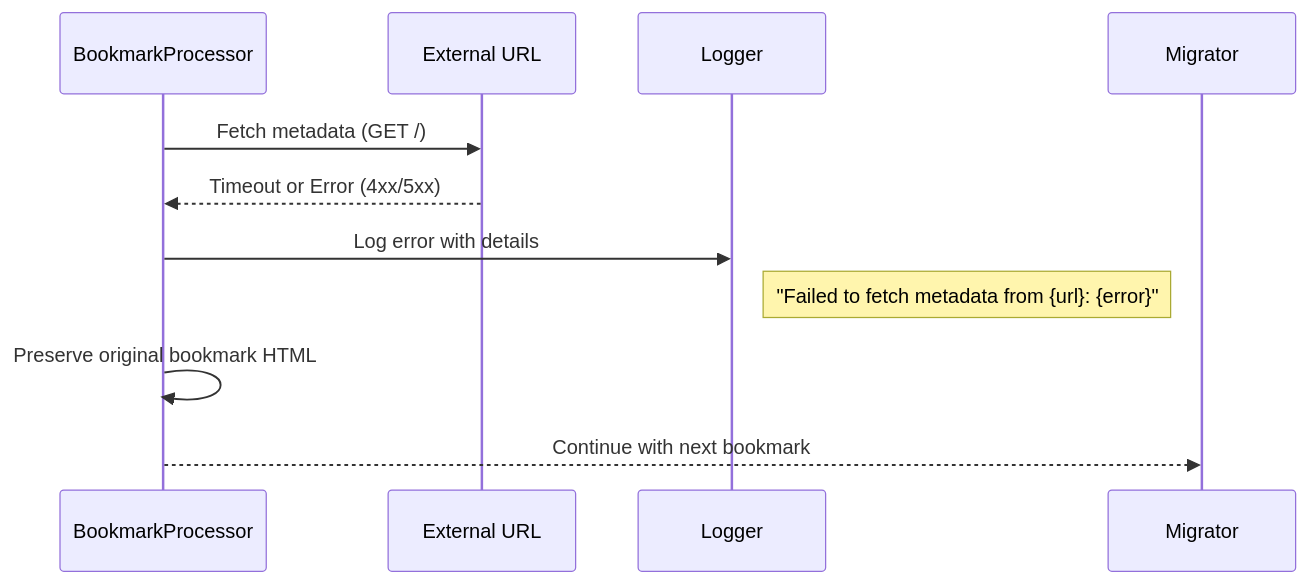
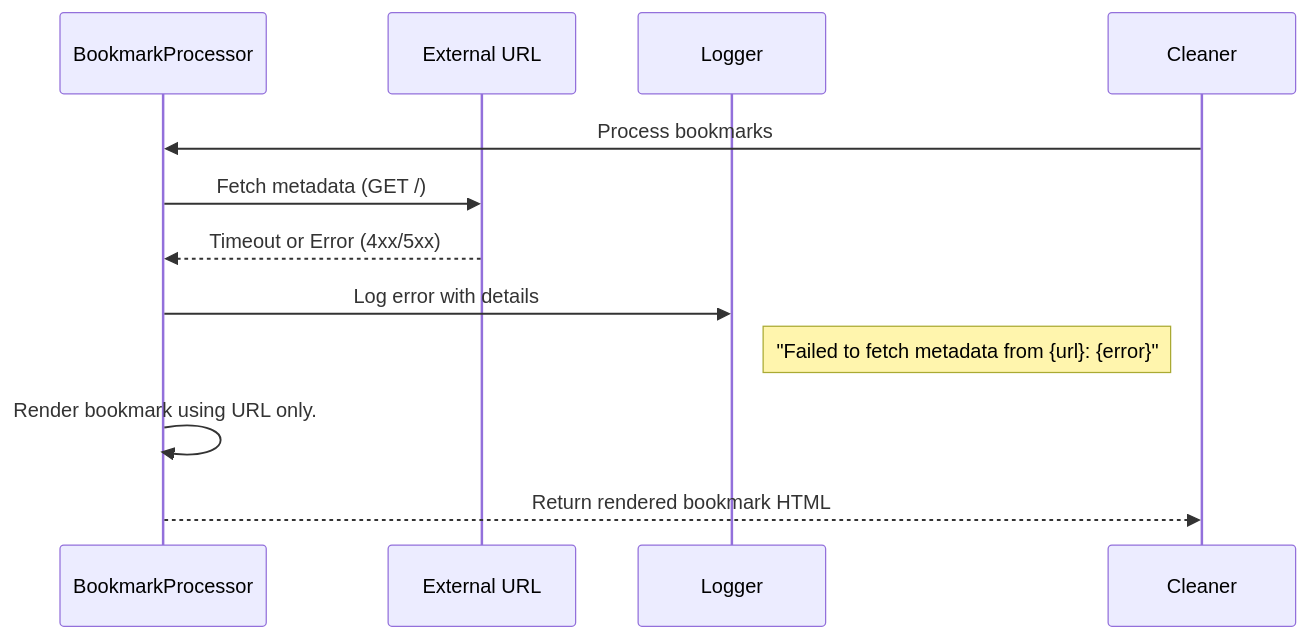
One commit to ramen4598/Tistory2WordPress changed the third of 3 diagrams in specs/007-cli-help-option/sequence-diagram.md. Above: the diagram before and after it, drawn with Mermaid. The commit also changed other lines of this file and 7 other files, not shown here.

````diff
--- a/specs/007-cli-help-option/sequence-diagram.md
+++ b/specs/007-cli-help-option/sequence-diagram.md
@@ -80,13 +80,15 @@
 ```mermaid
 sequenceDiagram
     participant BookmarkProcessor
     participant External URL
     participant Logger
+    participant Cleaner
 
+    Cleaner->>BookmarkProcessor: Process bookmarks
     BookmarkProcessor->>External URL: Fetch metadata (GET /)
     External URL-->>BookmarkProcessor: Timeout or Error (4xx/5xx)
     BookmarkProcessor->>Logger: Log error with details
     Note right of Logger: "Failed to fetch metadata from {url}: {error}"
-    BookmarkProcessor->>BookmarkProcessor: Preserve original bookmark HTML
-    BookmarkProcessor-->>Migrator: Continue with next bookmark
+    BookmarkProcessor->>BookmarkProcessor: Render bookmark using URL only.
+    BookmarkProcessor-->>Cleaner: Return rendered bookmark HTML
 ```
````
